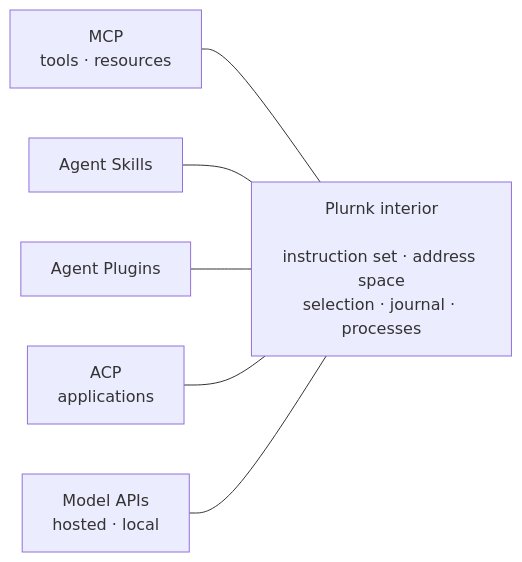
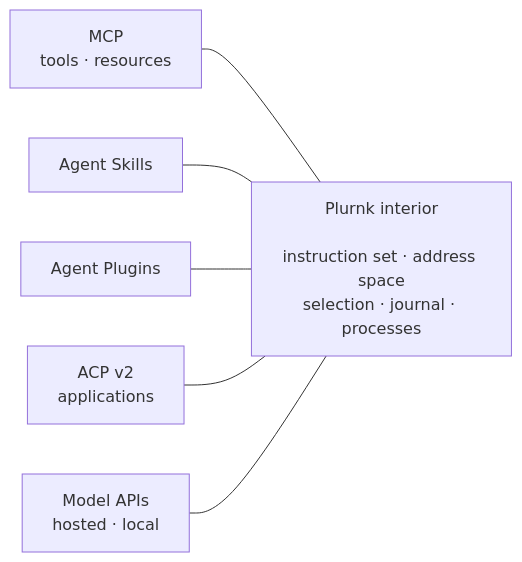
The diagram in PLURNK.md (plurnk/plurnk-service), drawn with Mermaid before and after one commit. The commit also changed other lines of this file and 17 other files, not shown here.

Commit message:
docs: align workspace specifications and teaching corpus with ARCHITECTURE.md (#1396)

````diff
--- a/PLURNK.md
+++ b/PLURNK.md
@@ -325,9 +326,9 @@
 ```mermaid
 flowchart LR
     MCP["MCP<br/>tools · resources"] --- core
     SKILLS["Agent Skills"] --- core
     PLUGINS["Agent Plugins"] --- core
-    ACP["ACP<br/>applications"] --- core
+    ACP["ACP v2<br/>applications"] --- core
     MODELS["Model APIs<br/>hosted · local"] --- core
     core["Plurnk interior<br/><br/>instruction set · address space<br/>selection · journal · processes"]
 ```
````
